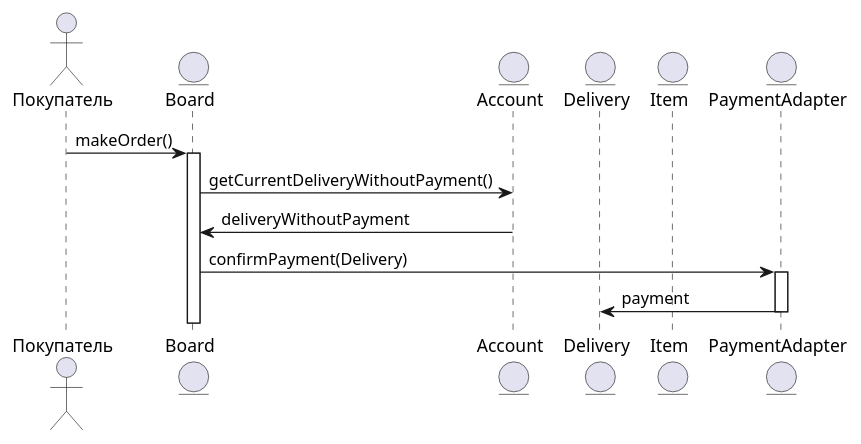
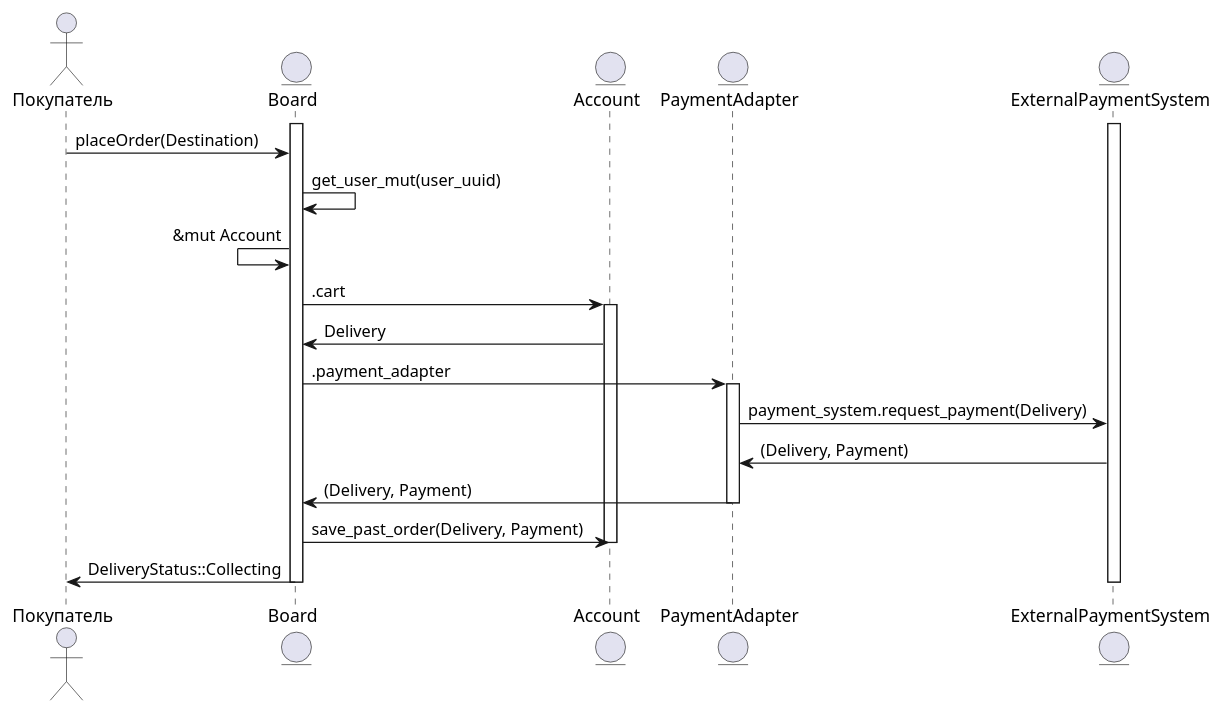
One commit to penamarth/bsbo-01-22_team1_var13 changed the diagram in Диаграмма последовательности Оформление заказа.md. Above: the diagram before and after it, drawn with PlantUML.

Commit message:
fix: Tweak `Диаграмма последовательности Оформление заказа.md`

````diff
--- a/Диаграмма последовательности Оформление заказа.md
+++ b/Диаграмма последовательности Оформление заказа.md
@@ -1,27 +1,34 @@
 ```plantuml
 @startuml
 
 actor Покупатель
+
 entity Board
 entity Account
-entity Delivery
-entity Item
 entity PaymentAdapter
+entity ExternalPaymentSystem
 
-Покупатель -> Board : makeOrder()
+activate ExternalPaymentSystem
 activate Board
-Board -> Account : getCurrentDeliveryWithoutPayment()
-Account -> Board : deliveryWithoutPayment
+
+Покупатель -> Board : placeOrder(Destination)
+Board -> Board : get_user_mut(user_uuid)
+Board <- Board : &mut Account
+Board -> Account : .cart
+activate Account
+Board <- Account : Delivery
+Board -> PaymentAdapter : .payment_adapter
+activate PaymentAdapter
+PaymentAdapter -> ExternalPaymentSystem : payment_system.request_payment(Delivery)
+PaymentAdapter <- ExternalPaymentSystem : (Delivery, Payment)
+Board <- PaymentAdapter : (Delivery, Payment)
+deactivate PaymentAdapter
+Board -> Account : save_past_order(Delivery, Payment)
 deactivate Account
+Покупатель <- Board : DeliveryStatus::Collecting
 
-Board -> PaymentAdapter : confirmPayment(Delivery)
-
-activate PaymentAdapter
-
-PaymentAdapter -> Delivery : payment
-
-deactivate PaymentAdapter
-deactivate Delivery
+deactivate Board
+deactivate ExternalPaymentSystem
 
 @enduml
 ```
````
